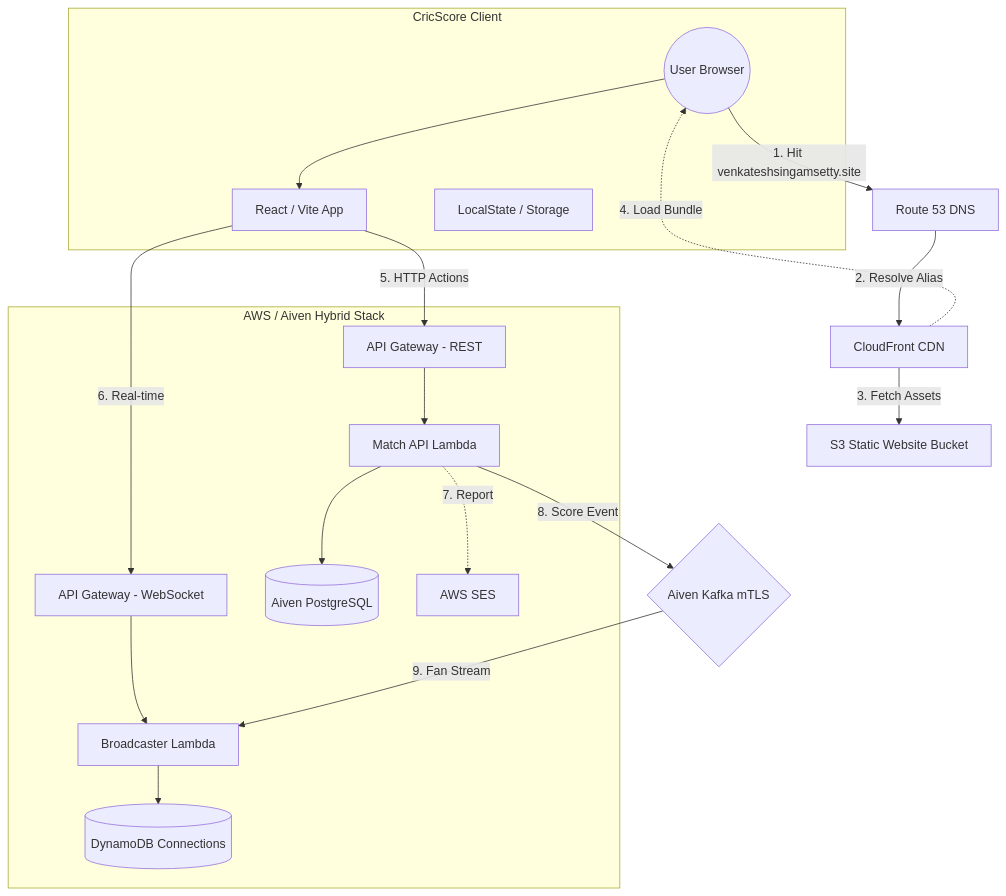
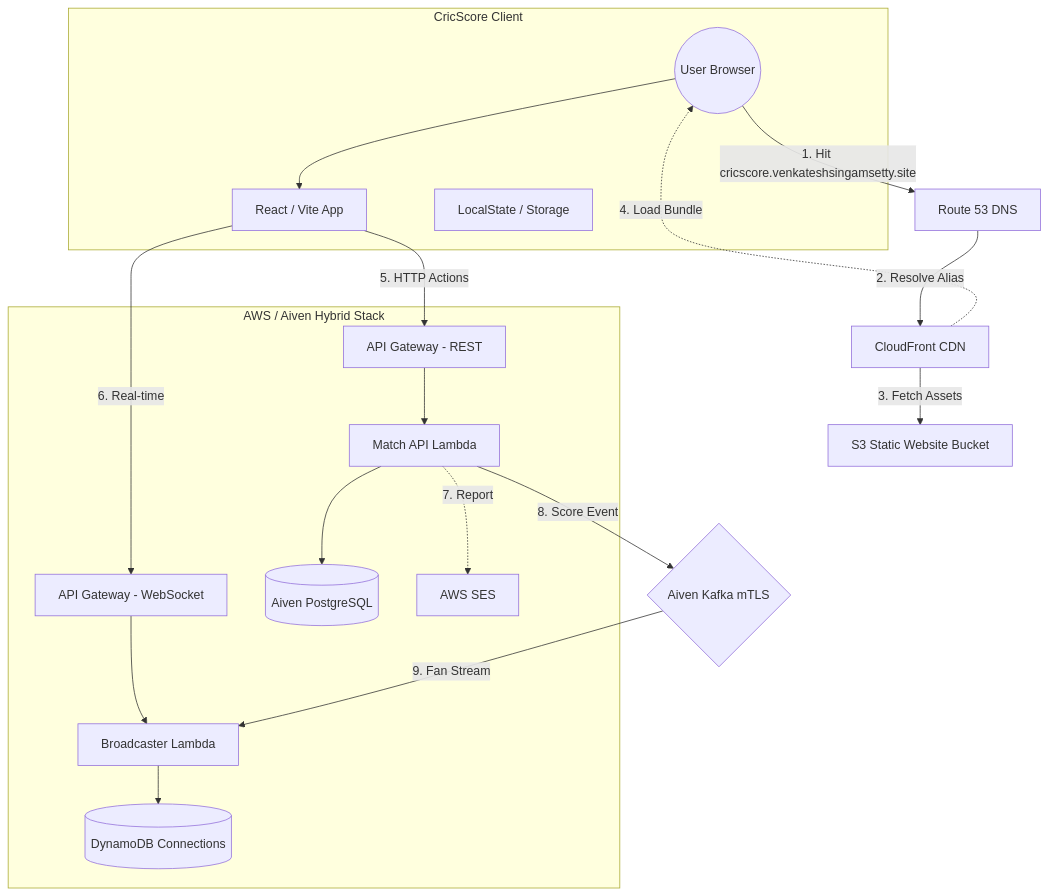
One commit to venkatesh-singamsetty/cric-score changed the diagram in README.md. Above: the diagram before and after it, drawn with Mermaid. The commit also changed other lines of this file and 13 other files, not shown here.

````diff
--- a/README.md
+++ b/README.md
@@ -47,30 +47,30 @@
 ```mermaid
 graph TD
-    User((User Browser)) -->|1. Hit venkateshsingamsetty.site| R53[Route 53 DNS]
+    User((User Browser)) -->|1. Hit cricscore.venkateshsingamsetty.site| R53[Route 53 DNS]
     R53 -->|2. Resolve Alias| CF[CloudFront CDN]
     CF -->|3. Fetch Assets| S3[S3 Static Website Bucket]
     
     subgraph Browser_Environment [CricScore Client]
         User
         React[React / Vite App]
         State[LocalState / Storage]
     end
     
     CF -.->|4. Load Bundle| User
     User --> React
     
     React -->|5. HTTP Actions| APIGW_REST[API Gateway - REST]
     React -->|6. Real-time| APIGW_WS[API Gateway - WebSocket]
     
     subgraph Backend_Cloud [AWS / Aiven Hybrid Stack]
         APIGW_REST --> Lambda_API[Match API Lambda]
         APIGW_WS --> Lambda_WS[Broadcaster Lambda]
         
         Lambda_API --> PG[(Aiven PostgreSQL)]
         Lambda_WS --> DDB[(DynamoDB Connections)]
         Lambda_API -.->|7. Report| SES[AWS SES]
     end
     
     Lambda_API -->|8. Score Event| Kafka{Aiven Kafka mTLS}
     Kafka -->|9. Fan Stream| Lambda_WS
 ```
````
